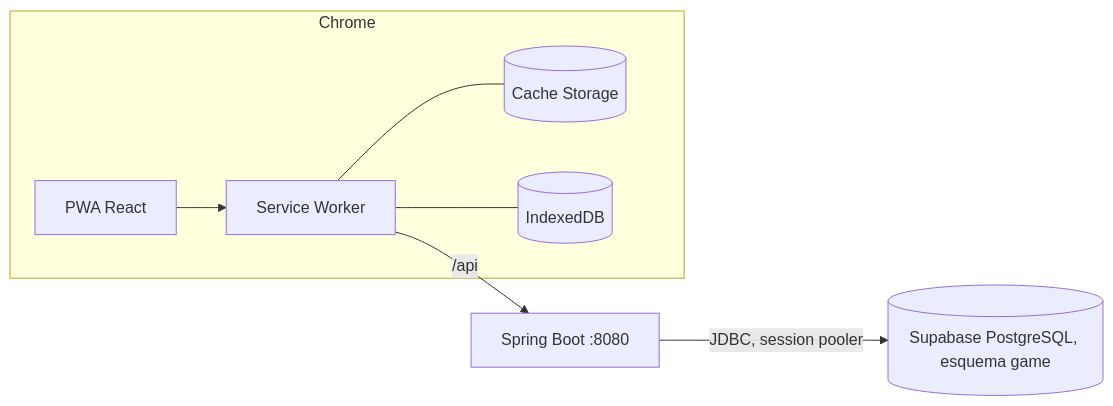
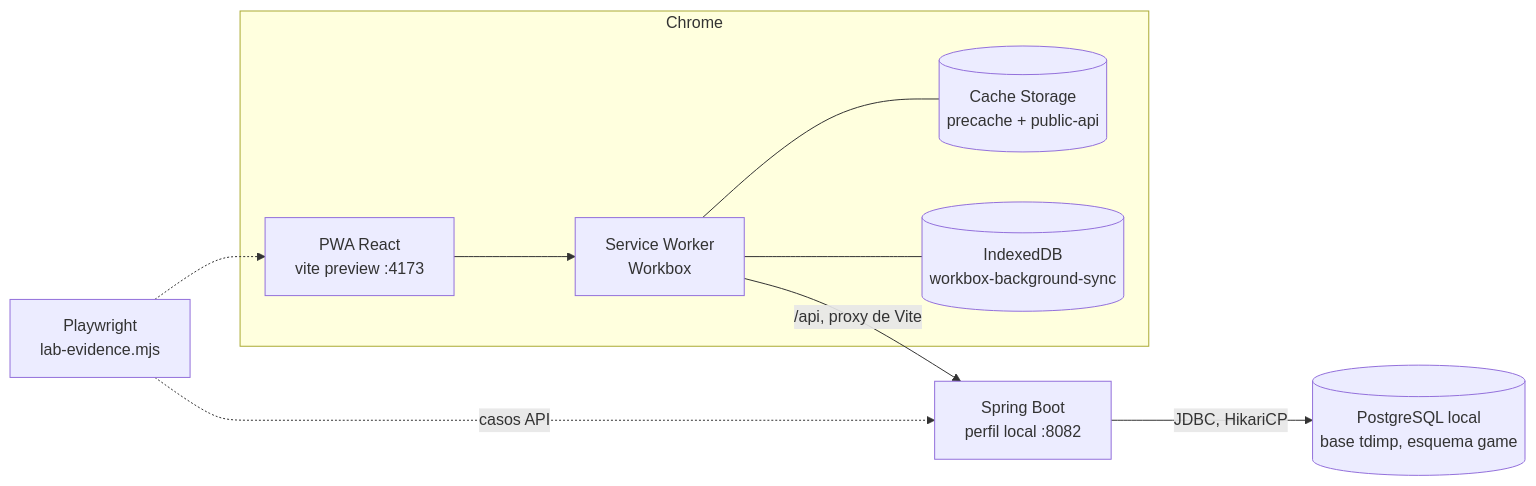
One commit to Sidas200/integradora-web changed the diagram in docs/testing/README.md. Above: the diagram before and after it, drawn with Mermaid. The commit also changed other lines of this file and 80 other files, not shown here.

First line of the commit message:
test: rehace el laboratorio de pruebas sobre PostgreSQL local y la versión final de la PWA

````diff
--- a/docs/testing/README.md
+++ b/docs/testing/README.md
@@ -29,10 +29,12 @@
 ```mermaid
 flowchart LR
   subgraph Chrome
-    UI[PWA React] --> SW[Service Worker]
-    SW --- CS[(Cache Storage)]
-    SW --- IDB[(IndexedDB)]
+    UI[PWA React<br/>vite preview :4173] --> SW[Service Worker<br/>Workbox]
+    SW --- CS[(Cache Storage<br/>precache + public-api)]
+    SW --- IDB[(IndexedDB<br/>workbox-background-sync)]
   end
-  SW -->|/api| API[Spring Boot :8080]
-  API -->|JDBC, session pooler| DB[(Supabase PostgreSQL, esquema game)]
+  SW -->|/api, proxy de Vite| API[Spring Boot<br/>perfil local :8082]
+  API -->|JDBC, HikariCP| DB[(PostgreSQL local<br/>base tdimp, esquema game)]
+  PW[Playwright<br/>lab-evidence.mjs] -.-> UI
+  PW -.->|casos API| API
 ```
````
